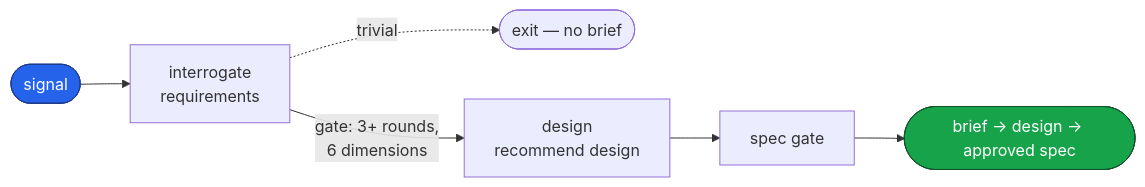
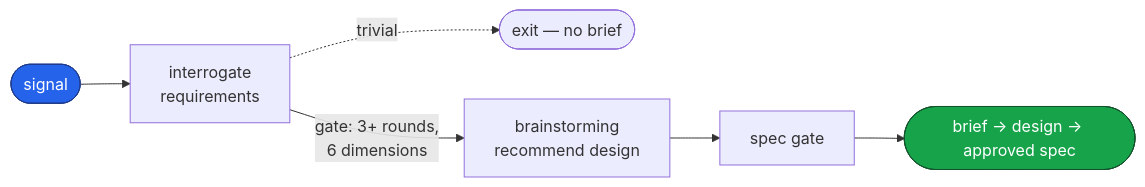
One commit to dashworthy/engineering changed the second of 6 diagrams in README.md. Above: the diagram before and after it, drawn with Mermaid. The commit also changed other lines of this file and 39 other files, not shown here.

````diff
--- a/README.md
+++ b/README.md
@@ -70,11 +70,11 @@
 ```mermaid
 flowchart LR
     classDef entry fill:#2563eb,stroke:#1e3a8a,color:#fff
     classDef done fill:#16a34a,stroke:#14532d,color:#fff
 
     S(["signal"]):::entry --> S1["interrogate<br/>requirements"]
     S1 -. "trivial" .-> X(["exit — no brief"])
-    S1 -->|"gate: 3+ rounds,<br/>6 dimensions"| BR["design<br/>recommend design"]
+    S1 -->|"gate: 3+ rounds,<br/>6 dimensions"| BR["brainstorming<br/>recommend design"]
     BR --> SP["spec gate"]
     SP --> STOP(["brief → design → approved spec"]):::done
 ```
````
